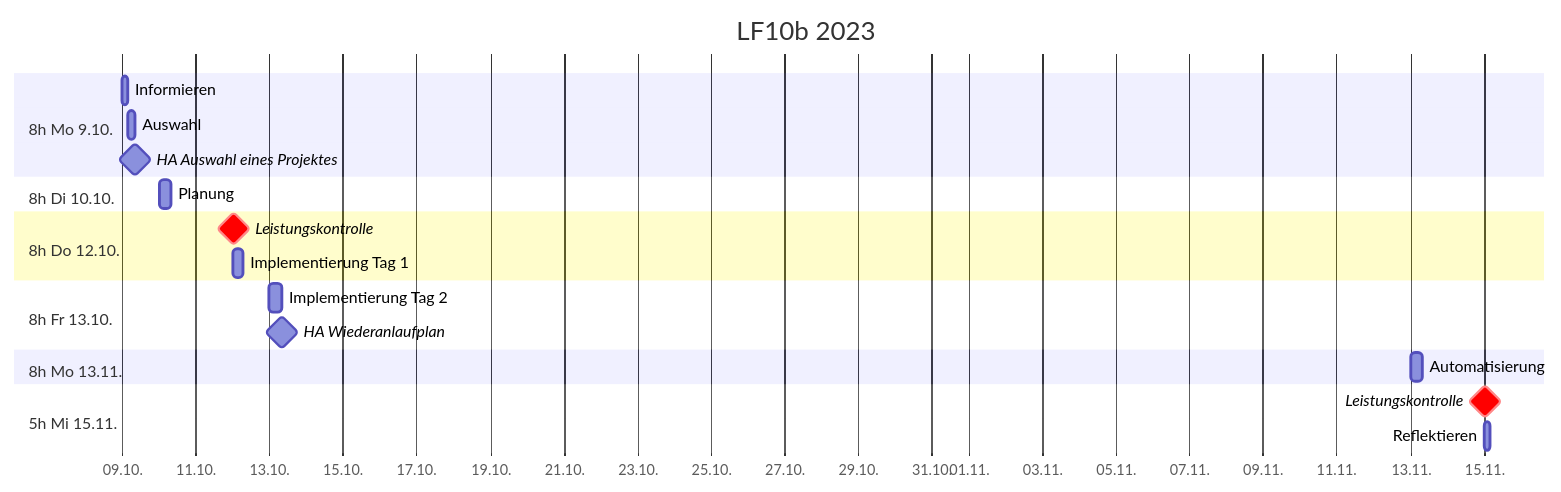
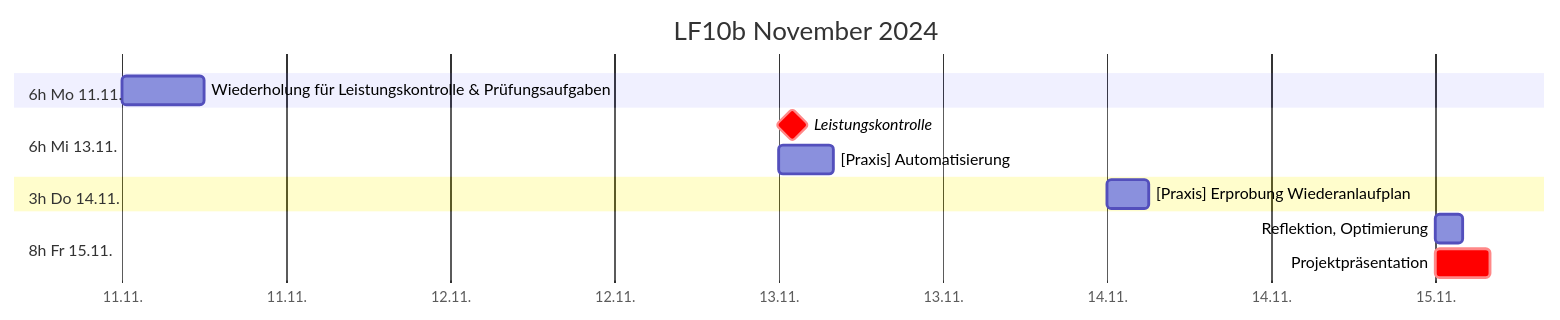
The second of 2 diagrams in src/plan.md (johannesloetzsch/LF10b), drawn with Mermaid before and after one commit. The commit also changed other lines of this file and 4 other files, not shown here.

````diff
--- a/src/plan.md
+++ b/src/plan.md
@@ -5,23 +30,16 @@
 ```mermaid
 gantt
- title LF10b 2023
+ title LF10b November 2024
  dateFormat YYYY-MM-DD
  axisFormat %d.%m.
- section 8h Mo 9.10.
-  Informieren                :informieren, 2023-10-09, 4h
-  Auswahl                    :auswahl,after informieren, 4h
-  HA Auswahl eines Projektes :milestone, after auswahl 
- section 8h Di 10.10.
-  Planung                    :planung, 2023-10-10, 8h
- section 8h Do 12.10.
-  Leistungskontrolle         :crit, milestone, 2023-10-12, 1h
-  Implementierung Tag 1      :2023-10-12, 7h
- section 8h Fr 13.10.
-  Implementierung Tag 2      :implementierung, 2023-10-13, 8h
-  HA Wiederanlaufplan        :milestone, after implementierung
- section 8h Mo 13.11.
-  Automatisierung            :2023-11-13, 8h
- section 5h Mi 15.11.
-  Leistungskontrolle         :crit, milestone, 2023-11-15, 1h
-  Reflektieren               :2023-11-15, 4h
+ section 6h Mo 11.11.
+  Wiederholung für Leistungskontrolle & Prüfungsaufgaben  :2024-11-11, 6h
+ section 6h Mi 13.11.
+  Leistungskontrolle            :crit, milestone, 2024-11-13, 2h
+  [Praxis] Automatisierung      :2024-11-13, 4h
+ section 3h Do 14.11.
+  [Praxis] Erprobung Wiederanlaufplan  :2024-11-14, 3h
+ section 8h Fr 15.11.
+  Reflektion, Optimierung       :2024-11-15, 2h
+  Projektpräsentation           :crit, 2024-11-15, 4h
 ```
````
